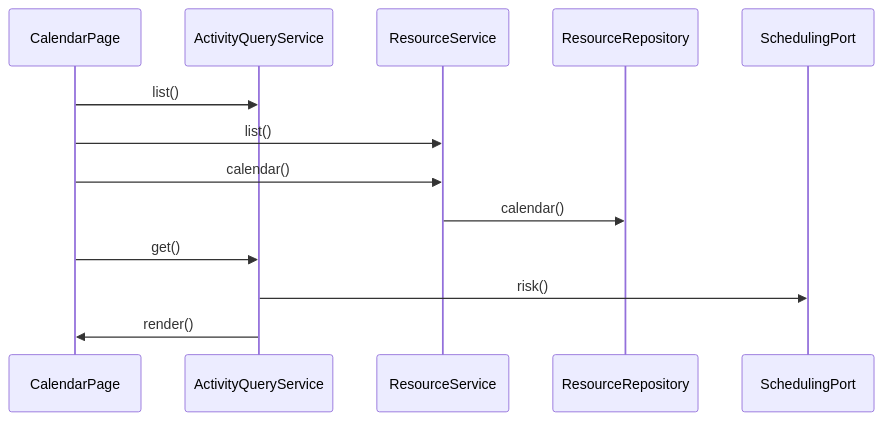
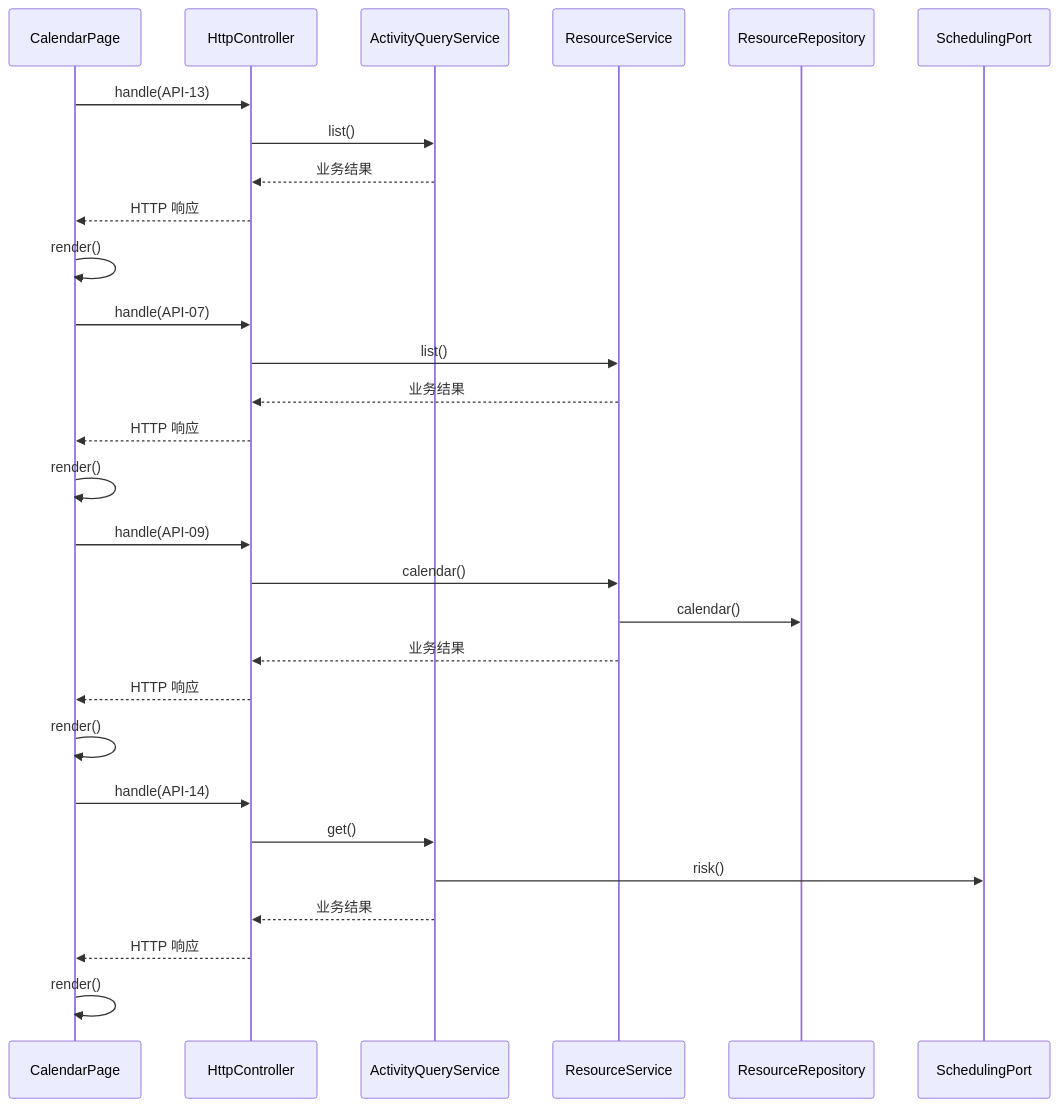
Before and after one commit to Rito-492/campus-sched: the ninth of 44 diagrams in docs/design/software-design-task4.md, drawn with Mermaid. The commit also changed other lines of this file and 3 other files, not shown here.

Commit message:
docs: 修正任务4顺序图HTTP边界与页面调用方向

````diff
--- a/docs/design/software-design-task4.md
+++ b/docs/design/software-design-task4.md
@@ -1210,15 +1261,31 @@
 ```mermaid
 sequenceDiagram
  participant CalendarPage
+ participant HttpController
  participant ActivityQueryService
  participant ResourceService
  participant ResourceRepository
  participant SchedulingPort
- CalendarPage->>ActivityQueryService: list()
- CalendarPage->>ResourceService: list()
- CalendarPage->>ResourceService: calendar()
+ CalendarPage->>HttpController: handle(API-13)
+ HttpController->>ActivityQueryService: list()
+ ActivityQueryService-->>HttpController: 业务结果
+ HttpController-->>CalendarPage: HTTP 响应
+ CalendarPage->>CalendarPage: render()
+ CalendarPage->>HttpController: handle(API-07)
+ HttpController->>ResourceService: list()
+ ResourceService-->>HttpController: 业务结果
+ HttpController-->>CalendarPage: HTTP 响应
+ CalendarPage->>CalendarPage: render()
+ CalendarPage->>HttpController: handle(API-09)
+ HttpController->>ResourceService: calendar()
  ResourceService->>ResourceRepository: calendar()
- CalendarPage->>ActivityQueryService: get()
+ ResourceService-->>HttpController: 业务结果
+ HttpController-->>CalendarPage: HTTP 响应
+ CalendarPage->>CalendarPage: render()
+ CalendarPage->>HttpController: handle(API-14)
+ HttpController->>ActivityQueryService: get()
  ActivityQueryService->>SchedulingPort: risk()
- ActivityQueryService->>CalendarPage: render()
+ ActivityQueryService-->>HttpController: 业务结果
+ HttpController-->>CalendarPage: HTTP 响应
+ CalendarPage->>CalendarPage: render()
 ```
````
